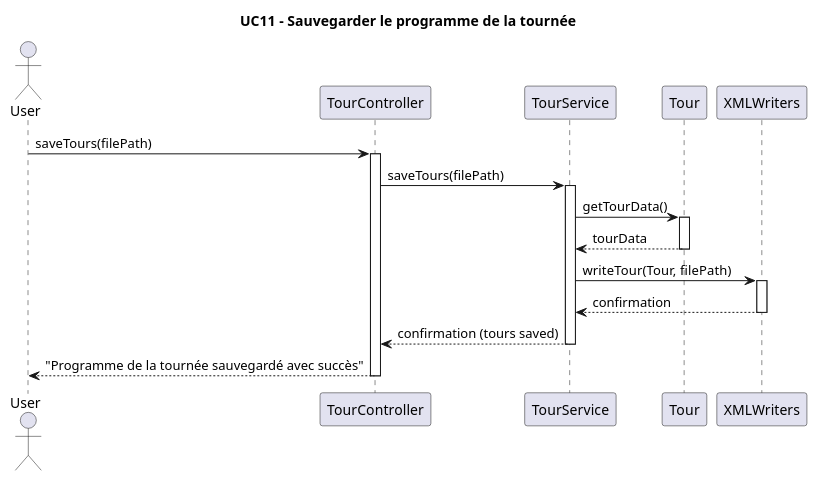
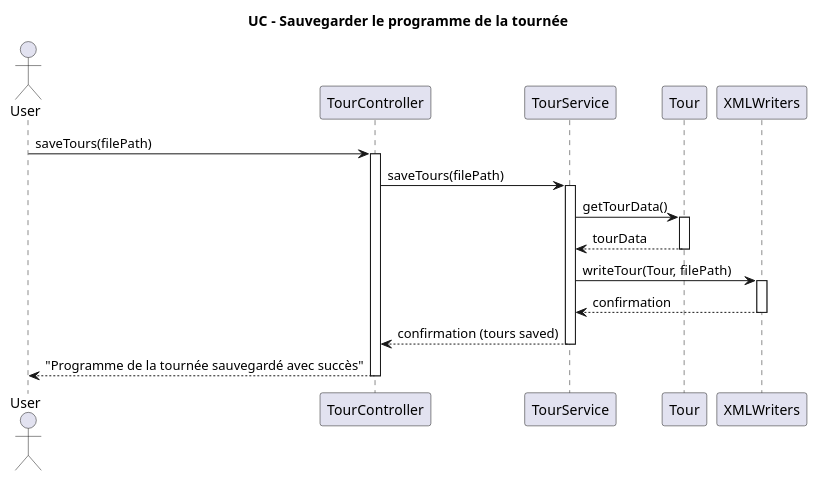
One commit to enzo-dosanjos/Pickup_Delivery_App changed the diagram in diagrams/diagramUC11.plantuml. Above: the diagram before and after it, drawn with PlantUML. The commit also changed 9 other files, not shown here.

```diff
--- a/diagrams/diagramUC11.plantuml
+++ b/diagrams/diagramUC11.plantuml
@@ -1,33 +1,33 @@
 @startuml
-title UC11 – Sauvegarder le programme de la tournée 
+title UC – Sauvegarder le programme de la tournée 
 
 actor User
 participant "TourController" as TC
 participant "TourService" as TS
 participant "Tour" as T
 participant "XMLWriters" as XW
 
 User -> TC : saveTours(filePath)
 activate TC
 
 TC -> TS : saveTours(filePath)
 activate TS
 
 
 TS -> T : getTourData()
 activate T
 T --> TS : tourData
 deactivate T
 
 TS -> XW : writeTour(Tour, filePath)
 activate XW
 XW --> TS : confirmation
 deactivate XW
 
 
 TS --> TC : confirmation (tours saved)
 deactivate TS
 
 TC --> User : "Programme de la tournée sauvegardé avec succès"
 deactivate TC
 @enduml
```
